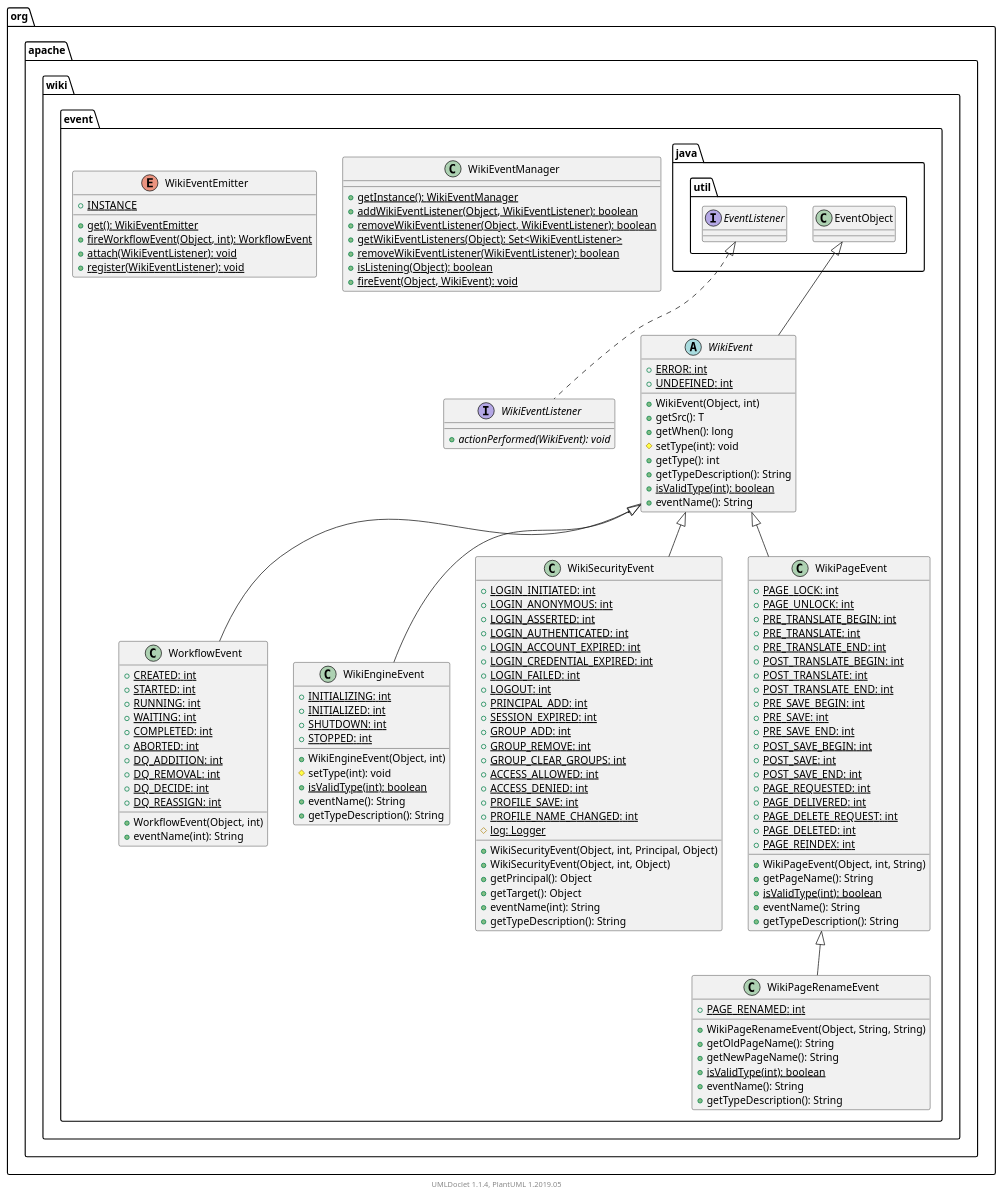
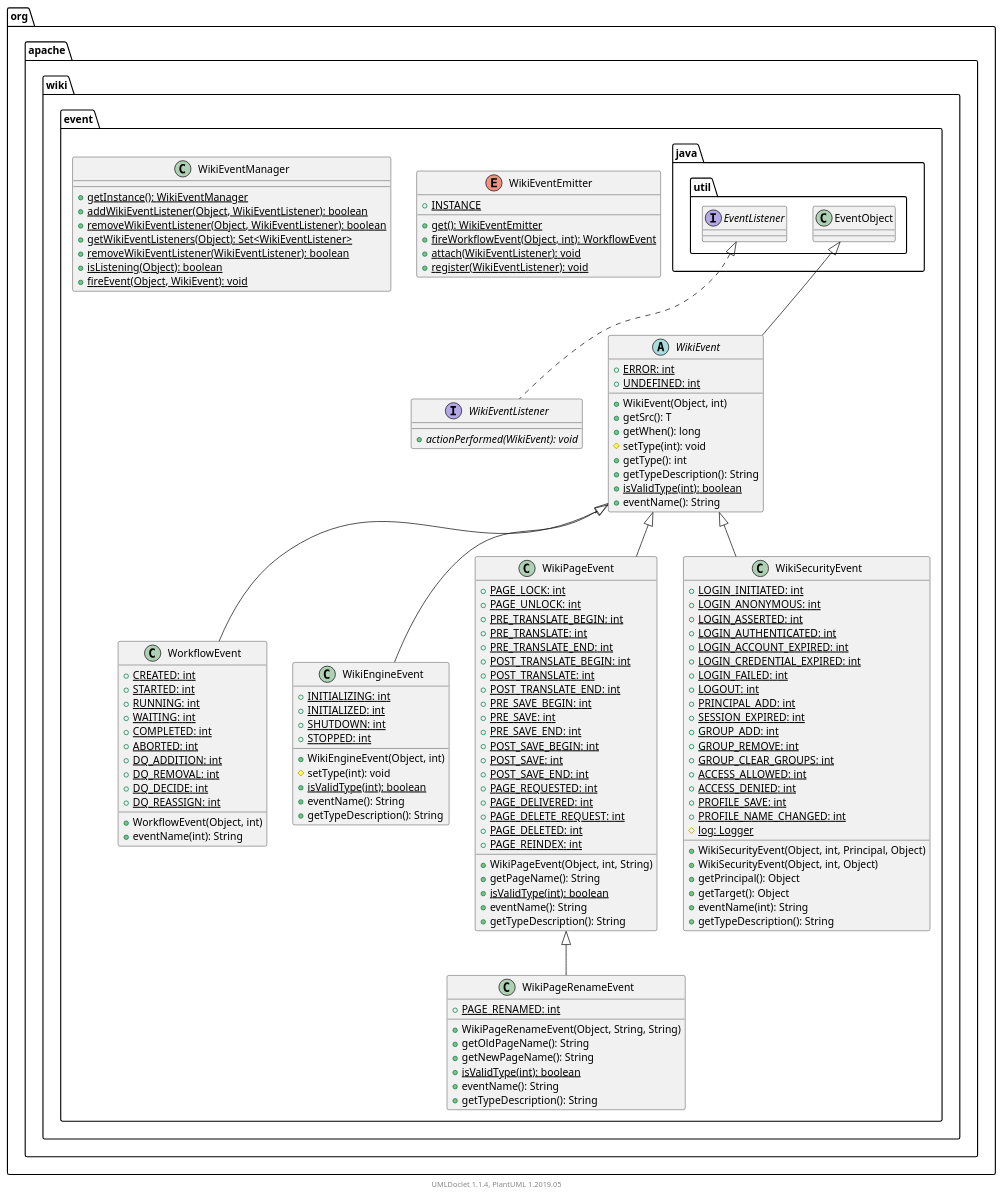
Before and after one commit to apache/jspwiki-site: the diagram in apidocs/2.11.0.M7-SNAPSHOT/org/apache/wiki/event/package.puml, drawn with PlantUML. The commit also changed other lines of this file and 1811 other files, not shown here.

```diff
--- a/apidocs/2.11.0.M7-SNAPSHOT/org/apache/wiki/event/package.puml
+++ b/apidocs/2.11.0.M7-SNAPSHOT/org/apache/wiki/event/package.puml
@@ -1,151 +1,151 @@
 @startuml
 
     namespace org.apache.wiki.event {
 
-        class WikiEventManager [[WikiEventManager.html]] {
-            {static} +getInstance(): WikiEventManager
-            {static} +addWikiEventListener(Object, WikiEventListener): boolean
-            {static} +removeWikiEventListener(Object, WikiEventListener): boolean
-            {static} +getWikiEventListeners(Object): Set<WikiEventListener>
-            {static} +removeWikiEventListener(WikiEventListener): boolean
-            {static} +isListening(Object): boolean
-            {static} +fireEvent(Object, WikiEvent): void
+        enum WikiEventEmitter [[WikiEventEmitter.html]] {
+            {static} +INSTANCE
+            {static} +get(): WikiEventEmitter
+            {static} +fireWorkflowEvent(Object, int): WorkflowEvent
+            {static} +attach(WikiEventListener): void
+            {static} +register(WikiEventListener): void
+        }
+
+        class WikiPageRenameEvent [[WikiPageRenameEvent.html]] {
+            {static} +PAGE_RENAMED: int
+            +WikiPageRenameEvent(Object, String, String)
+            +getOldPageName(): String
+            +getNewPageName(): String
+            {static} +isValidType(int): boolean
+            +eventName(): String
+            +getTypeDescription(): String
+        }
+
+        interface WikiEventListener [[WikiEventListener.html]] {
+            {abstract} +actionPerformed(WikiEvent): void
         }
 
         class WorkflowEvent [[WorkflowEvent.html]] {
             {static} +CREATED: int
             {static} +STARTED: int
             {static} +RUNNING: int
             {static} +WAITING: int
             {static} +COMPLETED: int
             {static} +ABORTED: int
             {static} +DQ_ADDITION: int
             {static} +DQ_REMOVAL: int
             {static} +DQ_DECIDE: int
             {static} +DQ_REASSIGN: int
             +WorkflowEvent(Object, int)
             +eventName(int): String
         }
 
         class WikiEngineEvent [[WikiEngineEvent.html]] {
             {static} +INITIALIZING: int
             {static} +INITIALIZED: int
             {static} +SHUTDOWN: int
             {static} +STOPPED: int
             +WikiEngineEvent(Object, int)
             #setType(int): void
             {static} +isValidType(int): boolean
             +eventName(): String
-            +getTypeDescription(): String
-        }
-
-        interface WikiEventListener [[WikiEventListener.html]] {
-            {abstract} +actionPerformed(WikiEvent): void
-        }
-
-        abstract class WikiEvent [[WikiEvent.html]] {
-            {static} +ERROR: int
-            {static} +UNDEFINED: int
-            +WikiEvent(Object, int)
-            +getSrc(): T
-            +getWhen(): long
-            #setType(int): void
-            +getType(): int
-            +getTypeDescription(): String
-            {static} +isValidType(int): boolean
-            +eventName(): String
-        }
-
-        class WikiSecurityEvent [[WikiSecurityEvent.html]] {
-            {static} +LOGIN_INITIATED: int
-            {static} +LOGIN_ANONYMOUS: int
-            {static} +LOGIN_ASSERTED: int
-            {static} +LOGIN_AUTHENTICATED: int
-            {static} +LOGIN_ACCOUNT_EXPIRED: int
-            {static} +LOGIN_CREDENTIAL_EXPIRED: int
-            {static} +LOGIN_FAILED: int
-            {static} +LOGOUT: int
-            {static} +PRINCIPAL_ADD: int
-            {static} +SESSION_EXPIRED: int
-            {static} +GROUP_ADD: int
-            {static} +GROUP_REMOVE: int
-            {static} +GROUP_CLEAR_GROUPS: int
-            {static} +ACCESS_ALLOWED: int
-            {static} +ACCESS_DENIED: int
-            {static} +PROFILE_SAVE: int
-            {static} +PROFILE_NAME_CHANGED: int
-            {static} #log: Logger
-            +WikiSecurityEvent(Object, int, Principal, Object)
-            +WikiSecurityEvent(Object, int, Object)
-            +getPrincipal(): Object
-            +getTarget(): Object
-            +eventName(int): String
             +getTypeDescription(): String
         }
 
         class WikiPageEvent [[WikiPageEvent.html]] {
             {static} +PAGE_LOCK: int
             {static} +PAGE_UNLOCK: int
             {static} +PRE_TRANSLATE_BEGIN: int
             {static} +PRE_TRANSLATE: int
             {static} +PRE_TRANSLATE_END: int
             {static} +POST_TRANSLATE_BEGIN: int
             {static} +POST_TRANSLATE: int
             {static} +POST_TRANSLATE_END: int
             {static} +PRE_SAVE_BEGIN: int
             {static} +PRE_SAVE: int
             {static} +PRE_SAVE_END: int
             {static} +POST_SAVE_BEGIN: int
             {static} +POST_SAVE: int
             {static} +POST_SAVE_END: int
             {static} +PAGE_REQUESTED: int
             {static} +PAGE_DELIVERED: int
             {static} +PAGE_DELETE_REQUEST: int
             {static} +PAGE_DELETED: int
             {static} +PAGE_REINDEX: int
             +WikiPageEvent(Object, int, String)
             +getPageName(): String
             {static} +isValidType(int): boolean
             +eventName(): String
             +getTypeDescription(): String
         }
 
-        enum WikiEventEmitter [[WikiEventEmitter.html]] {
-            {static} +INSTANCE
-            {static} +get(): WikiEventEmitter
-            {static} +fireWorkflowEvent(Object, int): WorkflowEvent
-            {static} +attach(WikiEventListener): void
-            {static} +register(WikiEventListener): void
+        abstract class WikiEvent [[WikiEvent.html]] {
+            {static} +ERROR: int
+            {static} +UNDEFINED: int
+            +WikiEvent(Object, int)
+            +getSrc(): T
+            +getWhen(): long
+            #setType(int): void
+            +getType(): int
+            +getTypeDescription(): String
+            {static} +isValidType(int): boolean
+            +eventName(): String
         }
 
-        class WikiPageRenameEvent [[WikiPageRenameEvent.html]] {
-            {static} +PAGE_RENAMED: int
-            +WikiPageRenameEvent(Object, String, String)
-            +getOldPageName(): String
-            +getNewPageName(): String
-            {static} +isValidType(int): boolean
-            +eventName(): String
+        class WikiEventManager [[WikiEventManager.html]] {
+            {static} +getInstance(): WikiEventManager
+            {static} +addWikiEventListener(Object, WikiEventListener): boolean
+            {static} +removeWikiEventListener(Object, WikiEventListener): boolean
+            {static} +getWikiEventListeners(Object): Set<WikiEventListener>
+            {static} +removeWikiEventListener(WikiEventListener): boolean
+            {static} +isListening(Object): boolean
+            {static} +fireEvent(Object, WikiEvent): void
+        }
+
+        class WikiSecurityEvent [[WikiSecurityEvent.html]] {
+            {static} +LOGIN_INITIATED: int
+            {static} +LOGIN_ANONYMOUS: int
+            {static} +LOGIN_ASSERTED: int
+            {static} +LOGIN_AUTHENTICATED: int
+            {static} +LOGIN_ACCOUNT_EXPIRED: int
+            {static} +LOGIN_CREDENTIAL_EXPIRED: int
+            {static} +LOGIN_FAILED: int
+            {static} +LOGOUT: int
+            {static} +PRINCIPAL_ADD: int
+            {static} +SESSION_EXPIRED: int
+            {static} +GROUP_ADD: int
+            {static} +GROUP_REMOVE: int
+            {static} +GROUP_CLEAR_GROUPS: int
+            {static} +ACCESS_ALLOWED: int
+            {static} +ACCESS_DENIED: int
+            {static} +PROFILE_SAVE: int
+            {static} +PROFILE_NAME_CHANGED: int
+            {static} #log: Logger
+            +WikiSecurityEvent(Object, int, Principal, Object)
+            +WikiSecurityEvent(Object, int, Object)
+            +getPrincipal(): Object
+            +getTarget(): Object
+            +eventName(int): String
             +getTypeDescription(): String
         }
+
+        WikiPageEvent <|-- WikiPageRenameEvent
+
+        interface java.util.EventListener
+        java.util.EventListener <|.. WikiEventListener
 
         WikiEvent <|-- WorkflowEvent
 
         WikiEvent <|-- WikiEngineEvent
 
-        interface java.util.EventListener
-        java.util.EventListener <|.. WikiEventListener
+        WikiEvent <|-- WikiPageEvent
 
         class java.util.EventObject
         java.util.EventObject <|-- WikiEvent
 
         WikiEvent <|-- WikiSecurityEvent
 
-        WikiEvent <|-- WikiPageEvent
-
-        WikiPageEvent <|-- WikiPageRenameEvent
-
     }
 
 
     center footer UMLDoclet 1.1.4, PlantUML 1.2019.05
 @enduml
```
